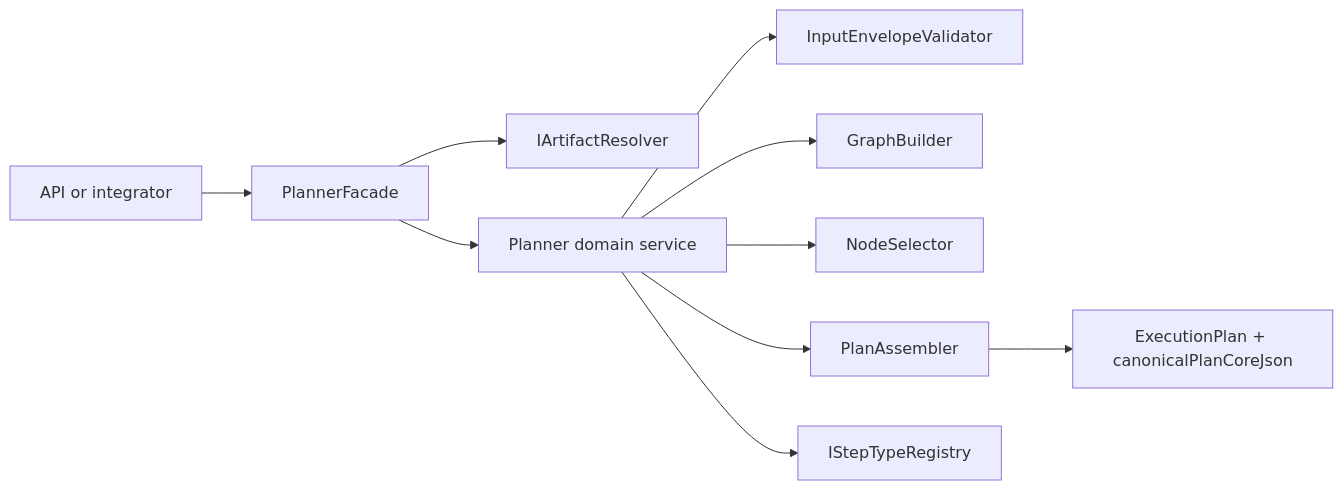
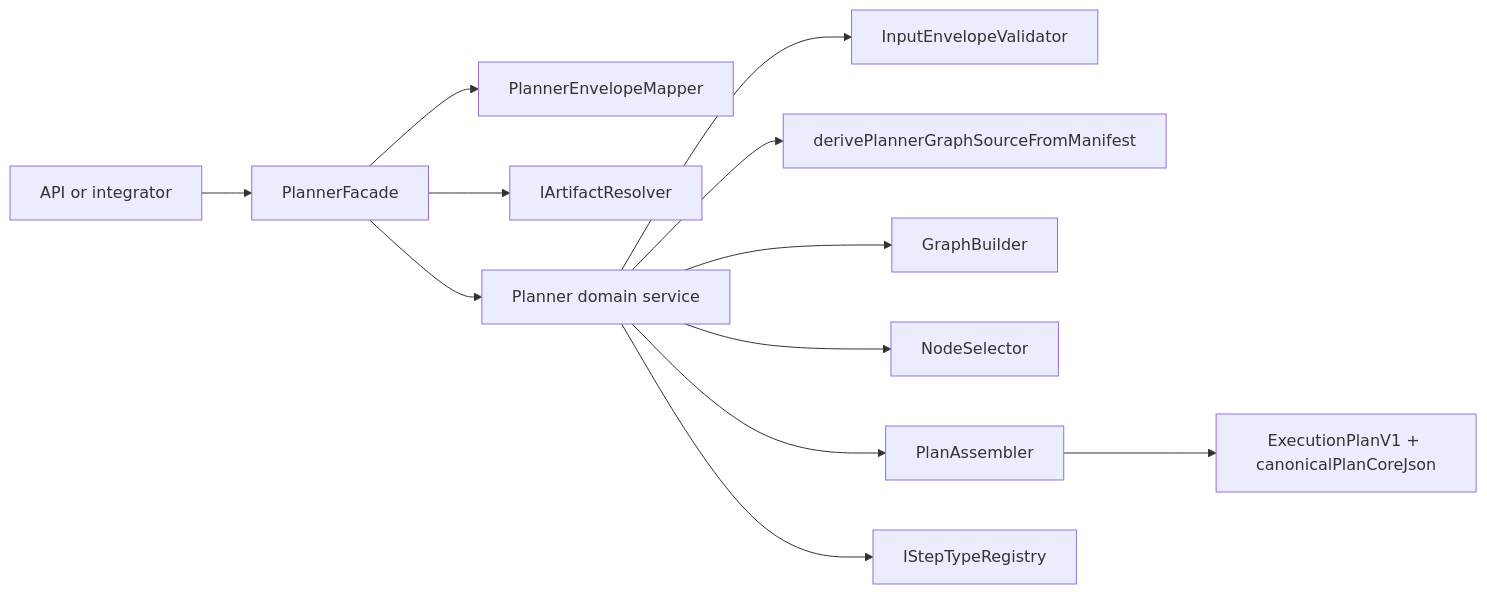
The diagram in docs/architecture/components/planner/index.md (dunay2/dvt), drawn with Mermaid before and after one commit. The commit also changed other lines of this file and 157 other files, not shown here.

Commit message:
docs(docs): Reconcile documentation architecture surfaces

````diff
--- a/docs/architecture/components/planner/index.md
+++ b/docs/architecture/components/planner/index.md
@@ -45,12 +45,14 @@
 ```mermaid
 flowchart LR
   Caller["API or integrator"] --> Facade["PlannerFacade"]
+  Facade --> Mapper["PlannerEnvelopeMapper"]
   Facade --> Resolver["IArtifactResolver"]
   Facade --> Planner["Planner domain service"]
   Planner --> Validator["InputEnvelopeValidator"]
+  Planner --> Deriver["derivePlannerGraphSourceFromManifest"]
   Planner --> Graph["GraphBuilder"]
   Planner --> Selector["NodeSelector"]
   Planner --> Assembler["PlanAssembler"]
   Planner --> Registry["IStepTypeRegistry"]
-  Assembler --> Plan["ExecutionPlan + canonicalPlanCoreJson"]
+  Assembler --> Plan["ExecutionPlanV1 + canonicalPlanCoreJson"]
 ```
````
